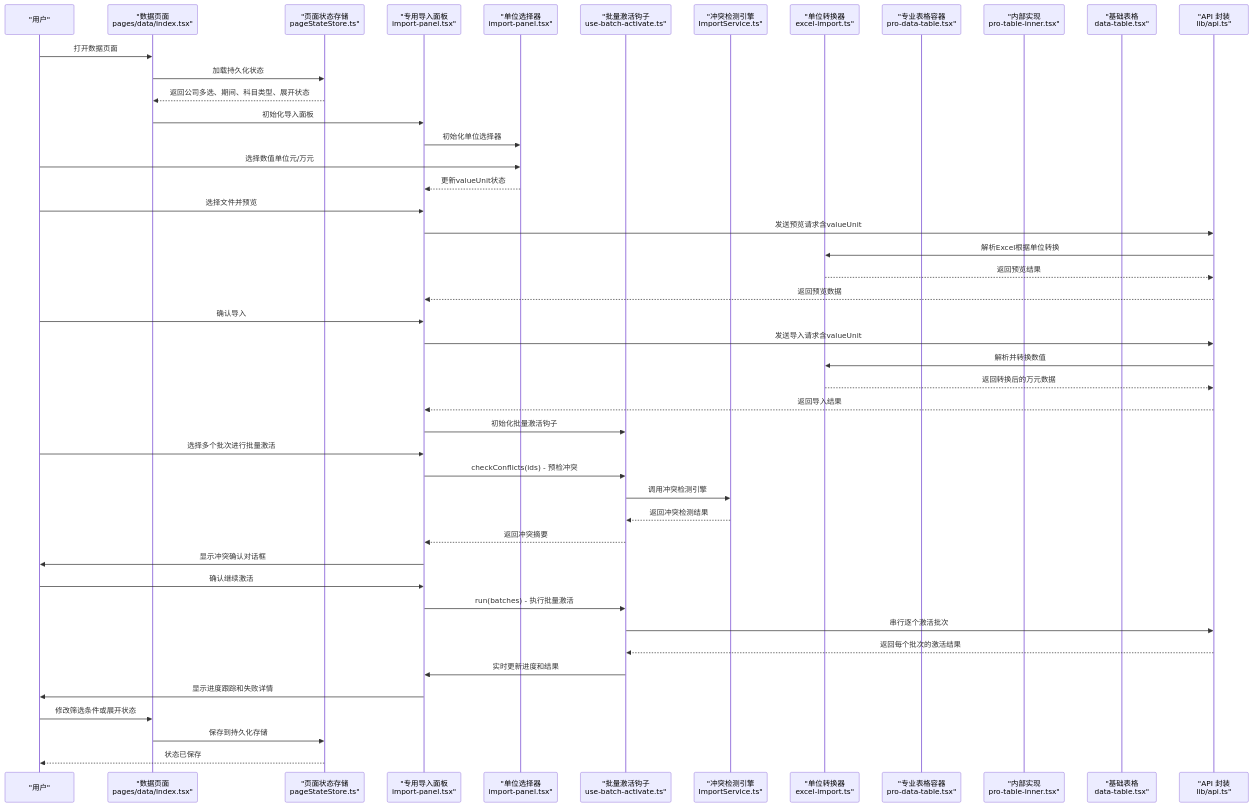
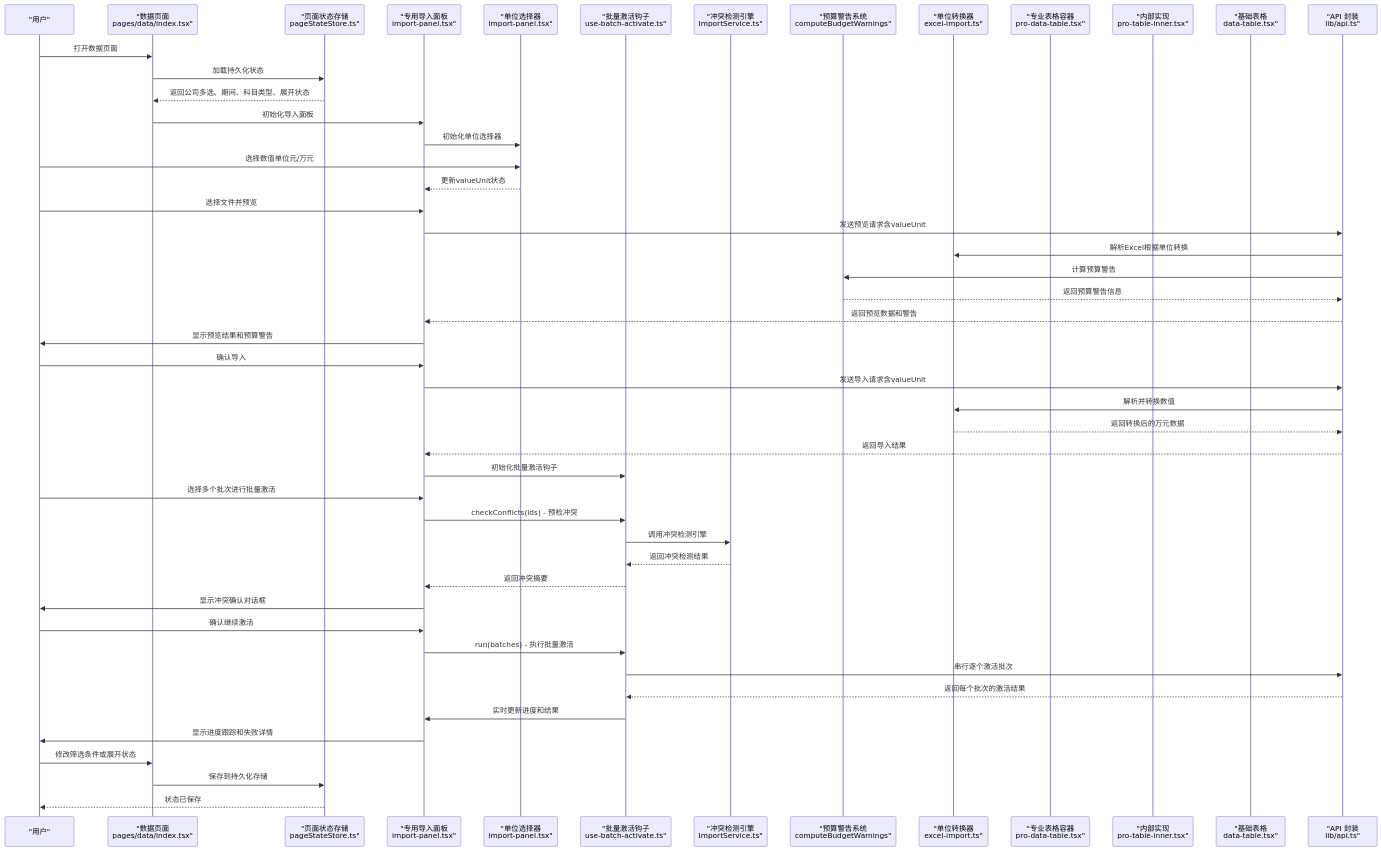
The second of 8 diagrams in .qoder/repowiki/zh/content/页面组件/数据管理页面/数据管理页面.md (Damao997/newproject), drawn with Mermaid before and after one commit. The commit also changed other lines of this file and 62 other files, not shown here.

````diff
--- a/.qoder/repowiki/zh/content/页面组件/数据管理页面/数据管理页面.md
+++ b/.qoder/repowiki/zh/content/页面组件/数据管理页面/数据管理页面.md
@@ -201,48 +214,51 @@
 ```mermaid
 sequenceDiagram
 participant U as "用户"
 participant P as "数据页面<br/>pages/data/index.tsx"
 participant PS as "页面状态存储<br/>pageStateStore.ts"
 participant IP as "专用导入面板<br/>import-panel.tsx"
 participant US as "单位选择器<br/>import-panel.tsx"
 participant BA as "批量激活钩子<br/>use-batch-activate.ts"
 participant CE as "冲突检测引擎<br/>ImportService.ts"
+participant BW as "预算警告系统<br/>computeBudgetWarnings"
 participant VC as "单位转换器<br/>excel-import.ts"
 participant PT as "专业表格容器<br/>pro-data-table.tsx"
 participant PI as "内部实现<br/>pro-table-inner.tsx"
 participant DT as "基础表格<br/>data-table.tsx"
 participant API as "API 封装<br/>lib/api.ts"
 U->>P : 打开数据页面
 P->>PS : 加载持久化状态
 PS-->>P : 返回公司多选、期间、科目类型、展开状态
 P->>IP : 初始化导入面板
 IP->>US : 初始化单位选择器
 U->>US : 选择数值单位元/万元
 US-->>IP : 更新valueUnit状态
 U->>IP : 选择文件并预览
 IP->>API : 发送预览请求含valueUnit
 API->>VC : 解析Excel根据单位转换
-VC-->>API : 返回预览结果
-API-->>IP : 返回预览数据
+API->>BW : 计算预算警告
+BW-->>API : 返回预算警告信息
+API-->>IP : 返回预览数据和警告
+IP->>U : 显示预览结果和预算警告
 U->>IP : 确认导入
 IP->>API : 发送导入请求含valueUnit
 API->>VC : 解析并转换数值
 VC-->>API : 返回转换后的万元数据
 API-->>IP : 返回导入结果
 IP->>BA : 初始化批量激活钩子
 U->>IP : 选择多个批次进行批量激活
 IP->>BA : checkConflicts(ids) - 预检冲突
 BA->>CE : 调用冲突检测引擎
 CE-->>BA : 返回冲突检测结果
 BA-->>IP : 返回冲突摘要
 IP->>U : 显示冲突确认对话框
 U->>IP : 确认继续激活
 IP->>BA : run(batches) - 执行批量激活
 BA->>API : 串行逐个激活批次
 API-->>BA : 返回每个批次的激活结果
 BA->>IP : 实时更新进度和结果
 IP->>U : 显示进度跟踪和失败详情
 U->>P : 修改筛选条件或展开状态
 P->>PS : 保存到持久化存储
 PS-->>U : 状态已保存
 ```
````
